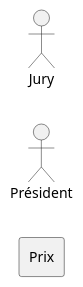
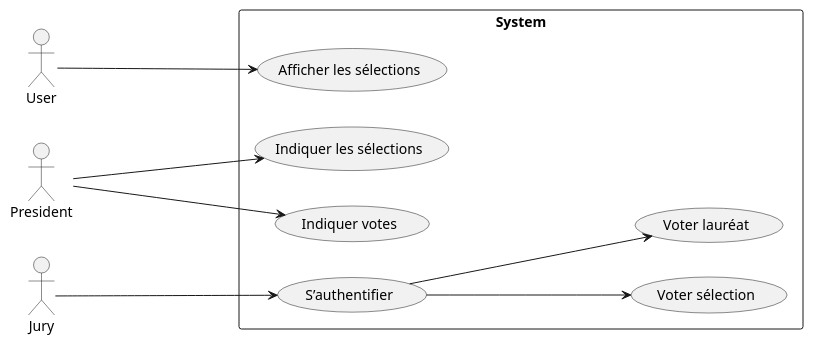
Before and after one commit to john7440/Evaluation-Metier-Python: the diagram in doc/uml/1-use_case/goncourt-use_case.puml, drawn with PlantUML.

Commit message:
mise à jour du diagramme use case

```diff
--- a/doc/uml/1-use_case/goncourt-use_case.puml
+++ b/doc/uml/1-use_case/goncourt-use_case.puml
@@ -1,12 +1,20 @@
 @startuml
 
 left to right direction
 
-actor Président as p
+actor User as u
+actor President as p
 actor Jury as j
 
-rectangle Prix{
+rectangle System{
+u ----> (Afficher les sélections)
+p ----> (Indiquer les sélections)
+
+p ----> (Indiquer votes)
+j ----> (S’authentifier)
+(S’authentifier) ----> (Voter sélection)
+(S’authentifier) ----> (Voter lauréat)
 
 }
 
 @enduml
```
